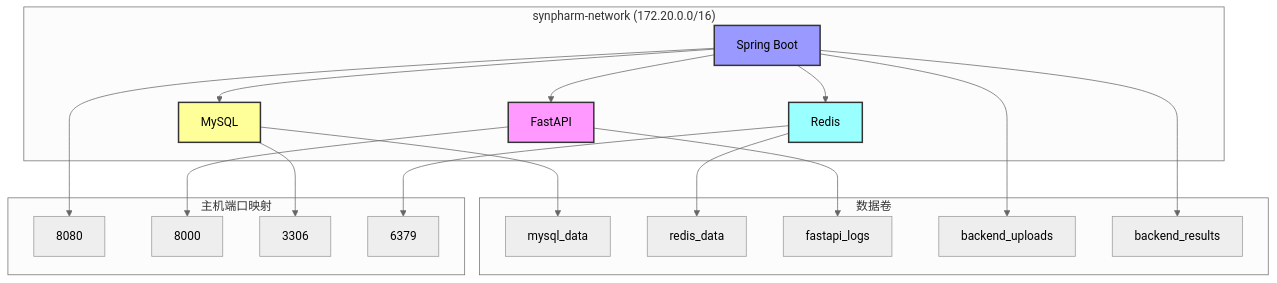
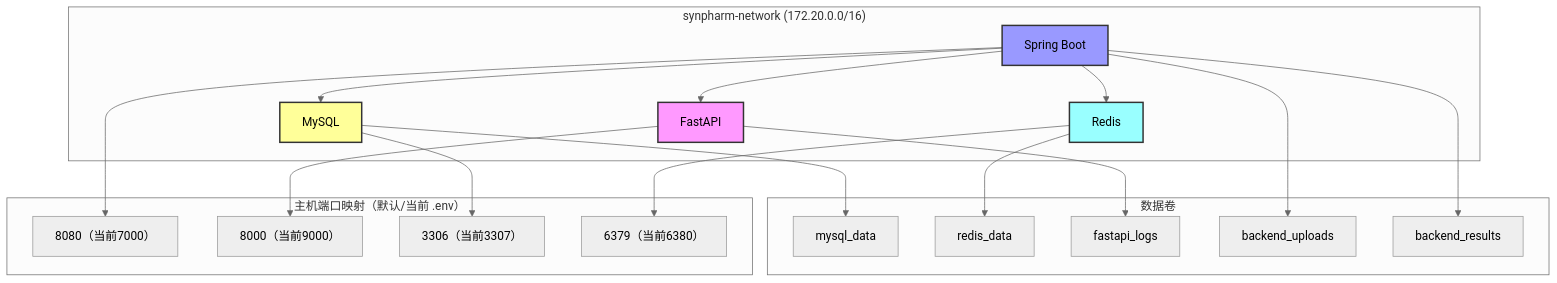
One commit to Ljz4777/SynPharm changed the seventh of 9 diagrams in docs/architecture/架构设计文档.md. Above: the diagram before and after it, drawn with Mermaid (neutral theme). The commit also changed other lines of this file and 43 other files, not shown here.

````diff
--- a/docs/architecture/架构设计文档.md
+++ b/docs/architecture/架构设计文档.md
@@ -453,44 +454,44 @@
 ```mermaid
 graph TD
     subgraph "synpharm-network (172.20.0.0/16)"
         A[MySQL]
         B[Redis]
         C[FastAPI]
         D[Spring Boot]
     end
 
     subgraph "数据卷"
         A1[mysql_data]
         B1[redis_data]
         C1[fastapi_logs]
         D1[backend_uploads]
         D2[backend_results]
     end
 
-    subgraph "主机端口映射"
-        P1["8080"]
-        P2["8000"]
-        P3["3306"]
-        P4["6379"]
+    subgraph "主机端口映射（默认/当前 .env）"
+        P1["8080（当前7000）"]
+        P2["8000（当前9000）"]
+        P3["3306（当前3307）"]
+        P4["6379（当前6380）"]
     end
 
     D --> A
     D --> B
     D --> C
 
     D --> P1
     C --> P2
     A --> P3
     B --> P4
 
     A --> A1
     B --> B1
     C --> C1
     D --> D1
     D --> D2
 
     style A fill:#ff9,stroke:#333,stroke-width:2px
     style B fill:#9ff,stroke:#333,stroke-width:2px
     style C fill:#f9f,stroke:#333,stroke-width:2px
     style D fill:#99f,stroke:#333,stroke-width:2px
 ```
````
